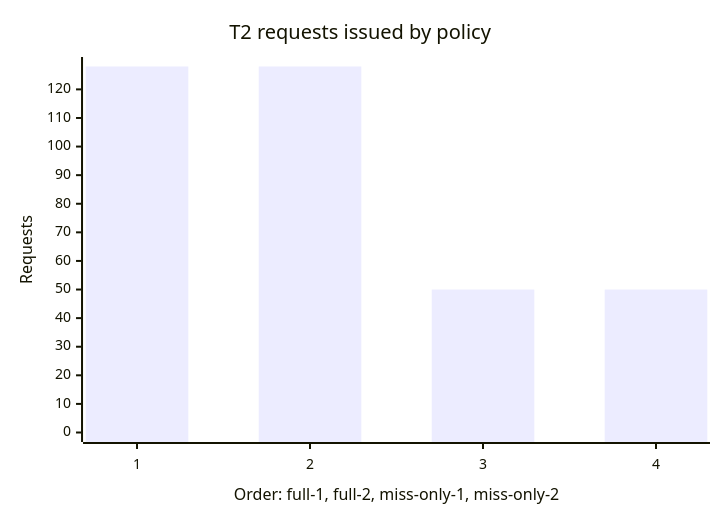
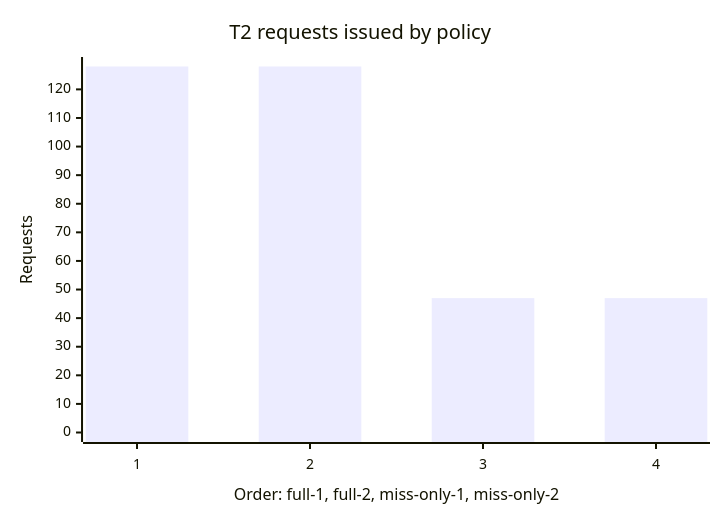
The sixth of 6 diagrams in training/REPORT.md (jdm010/preempt), drawn with Mermaid before and after one commit. The commit also changed other lines of this file and 6 other files, not shown here.

````diff
--- a/training/REPORT.md
+++ b/training/REPORT.md
@@ -216,7 +227,7 @@
 ```mermaid
 xychart-beta
     title "T2 requests issued by policy"
     x-axis "Order: full-1, full-2, miss-only-1, miss-only-2" [1, 2, 3, 4]
     y-axis "Requests" 0 --> 128
-    bar [128, 128, 50, 50]
+    bar [128, 128, 47, 47]
 ```
````
